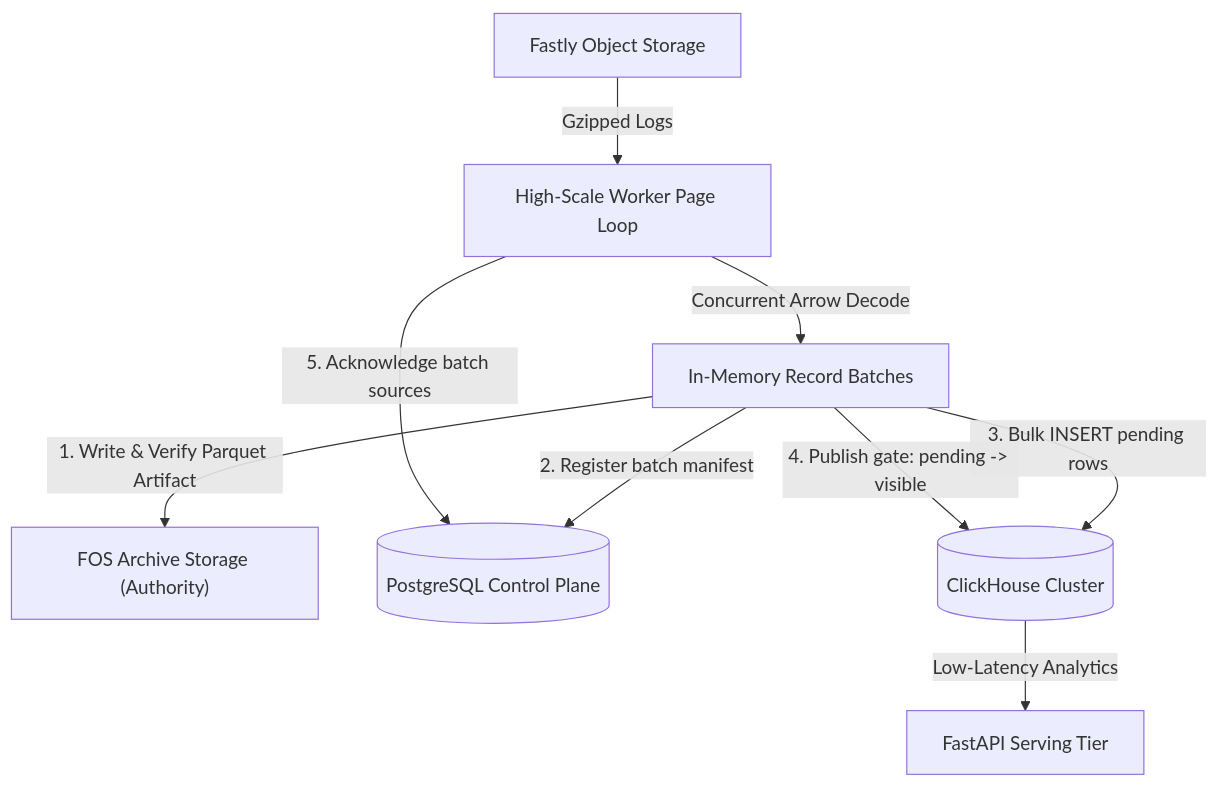
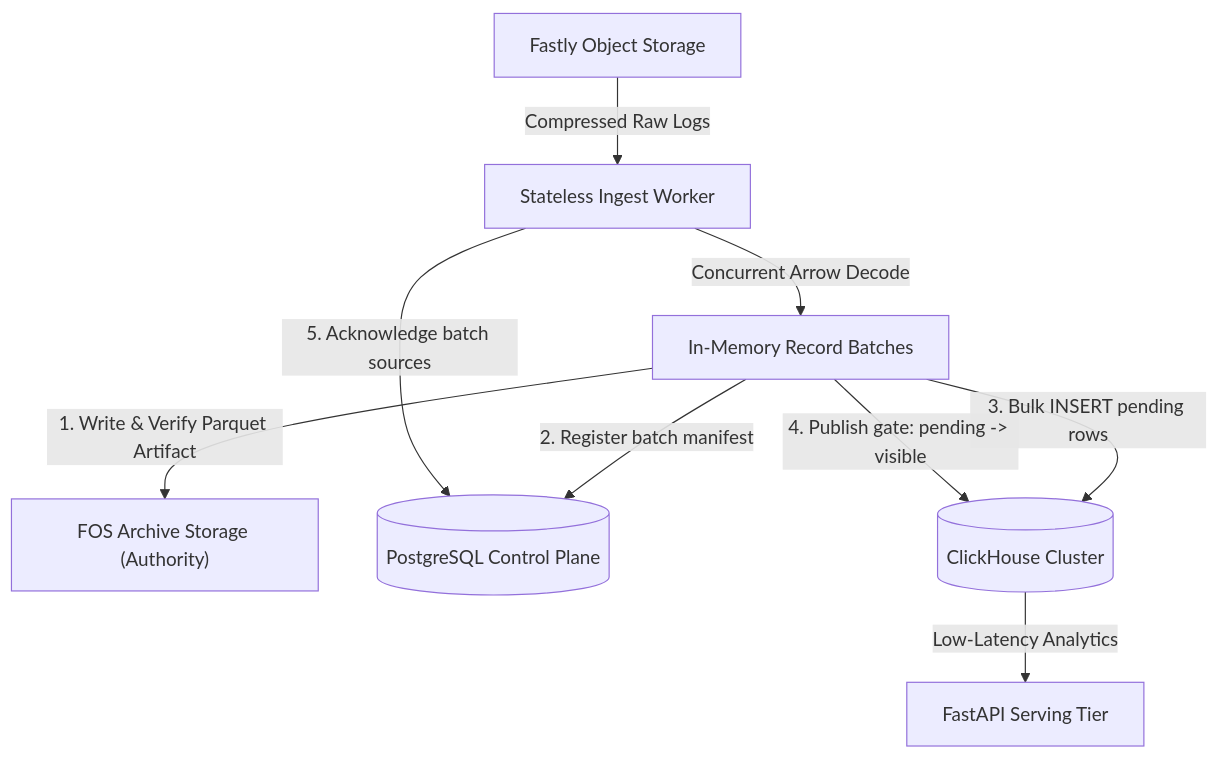
Before and after one commit to fastly/fastly-log-analytics: the diagram in docs/ARCHITECTURE.md, drawn with Mermaid. The commit also changed other lines of this file and 396 other files, not shown here.

Commit message:
feat!: unify architecture on ClickHouse and remove Standard DuckDB mode

````diff
--- a/docs/ARCHITECTURE.md
+++ b/docs/ARCHITECTURE.md
@@ -86,11 +41,11 @@
 ```mermaid
 graph TD
-    A[Fastly Object Storage] -->|Gzipped Logs| W[High-Scale Worker Page Loop]
+    A[Fastly Object Storage] -->|Compressed Raw Logs| W[Stateless Ingest Worker]
     W -->|Concurrent Arrow Decode| M[In-Memory Record Batches]
     M -->|1. Write & Verify Parquet Artifact| FOS["FOS Archive Storage (Authority)"]
     M -->|2. Register batch manifest| PG[(PostgreSQL Control Plane)]
     M -->|3. Bulk INSERT pending rows| CH[(ClickHouse Cluster)]
     M -->|4. Publish gate: pending -> visible| CH
     W -->|5. Acknowledge batch sources| PG
     CH -->|Low-Latency Analytics| S[FastAPI Serving Tier]
 ```
````
